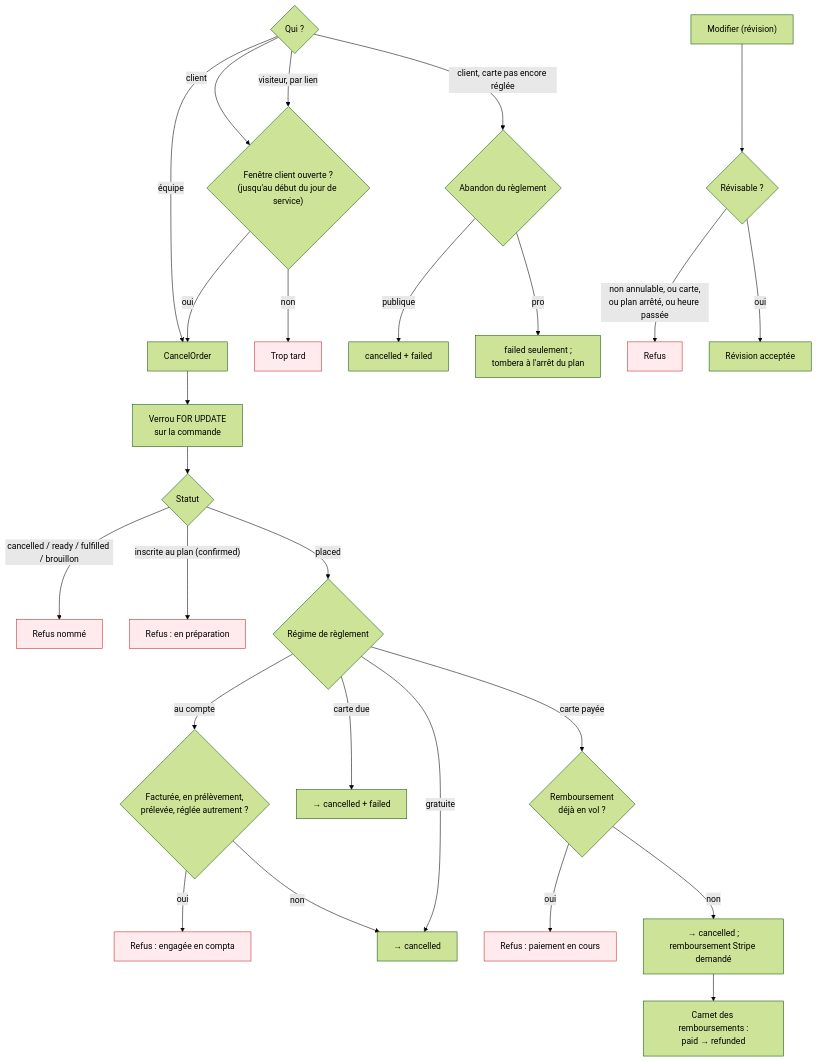
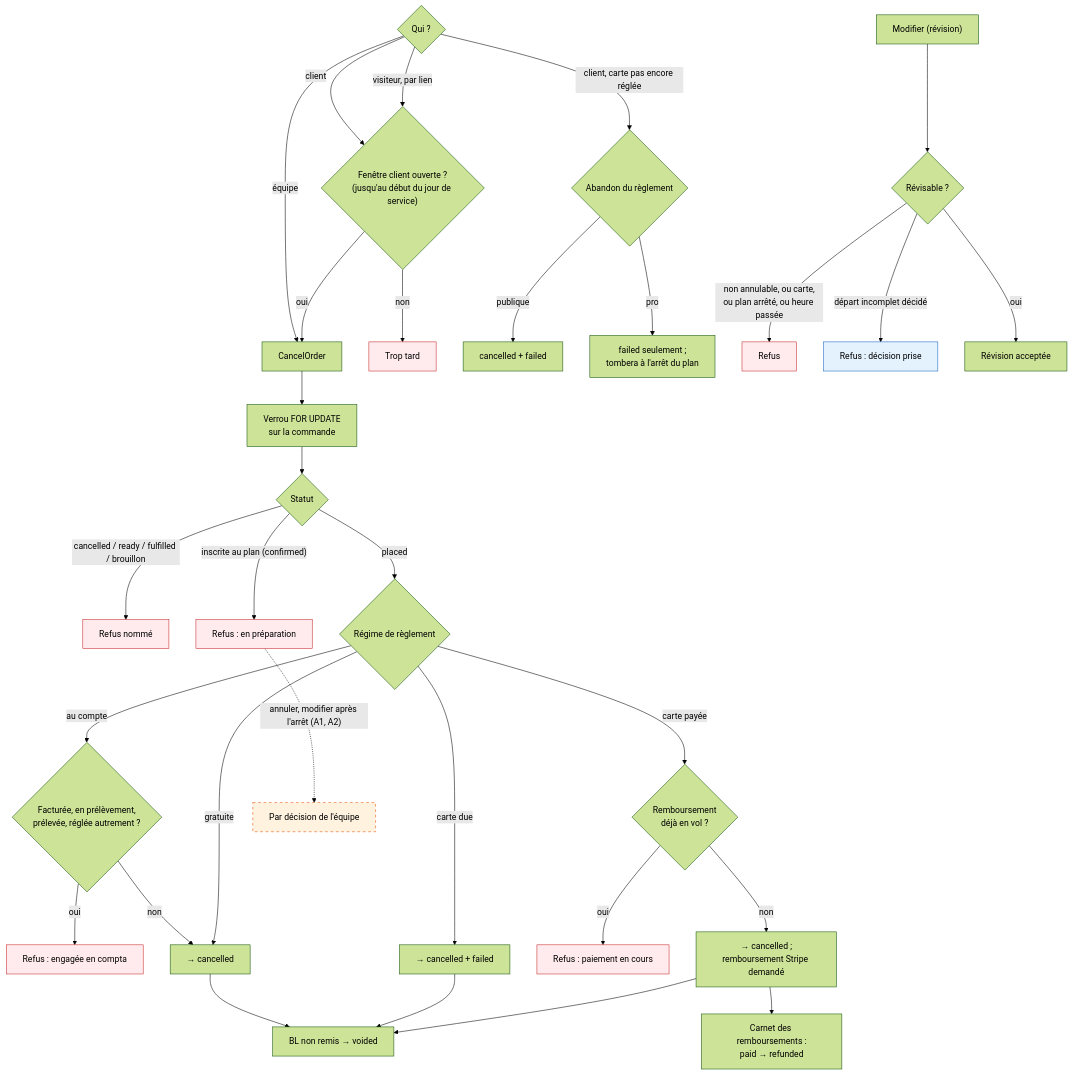
Before and after one commit to hugoheynard/lfd: the seventh of 11 diagrams in documentation/commandes/parcours-complet.md, drawn with Mermaid (forest theme). The commit also changed other lines of this file and 113 other files, not shown here.

````diff
--- a/documentation/commandes/parcours-complet.md
+++ b/documentation/commandes/parcours-complet.md
@@ -244,29 +281,36 @@
 ```mermaid
 flowchart TD
     A{"Qui ?"} -->|"équipe"| ST["CancelOrder"]
     A -->|"client"| CU{"Fenêtre client ouverte ?<br/>(jusqu'au début du jour de service)"}
     A -->|"visiteur, par lien"| CU
     A -->|"client, carte pas encore réglée"| AB{"Abandon du règlement"}
     CU -->|"non"| E0["Trop tard"]:::sad
     CU -->|"oui"| ST
     ST --> LK["Verrou FOR UPDATE<br/>sur la commande"]
     LK --> S{"Statut"}
     S -->|"cancelled / ready / fulfilled / brouillon"| E1["Refus nommé"]:::sad
     S -->|"inscrite au plan (confirmed)"| E2["Refus : en préparation"]:::sad
     S -->|"placed"| R{"Régime de règlement"}
     R -->|"au compte"| AC{"Facturée, en prélèvement,<br/>prélevée, réglée autrement ?"}
     AC -->|"oui"| E3["Refus : engagée en compta"]:::sad
     AC -->|"non"| OK["→ cancelled"]
     R -->|"gratuite"| OK
     R -->|"carte due"| OKF["→ cancelled + failed"]
     R -->|"carte payée"| RF{"Remboursement<br/>déjà en vol ?"}
     RF -->|"oui"| E4["Refus : paiement en cours"]:::sad
     RF -->|"non"| OKP["→ cancelled ;<br/>remboursement Stripe demandé"]
     OKP --> LED["Carnet des remboursements :<br/>paid → refunded"]
     AB -->|"publique"| ABP["cancelled + failed"]
     AB -->|"pro"| ABQ["failed seulement ;<br/>tombera à l'arrêt du plan"]
     MOD["Modifier (révision)"] --> MR{"Révisable ?"}
     MR -->|"non annulable, ou carte,<br/>ou plan arrêté, ou heure passée"| E5["Refus"]:::sad
+    MR -->|"départ incomplet décidé"| E6["Refus : décision prise"]:::bati
     MR -->|"oui"| REV["Révision acceptée"]
+    OK --> VO["BL non remis → voided"]
+    OKF --> VO
+    OKP --> VO
+    E2 -.->|"annuler, modifier après l'arrêt (A1, A2)"| AA["Par décision de l'équipe"]:::prevu
+    classDef bati fill:#e3f2fd,stroke:#1565c0
+    classDef prevu fill:#fff3e0,stroke:#e65100,stroke-dasharray: 5 5
     classDef sad fill:#ffebee,stroke:#c62828
 ```
````
